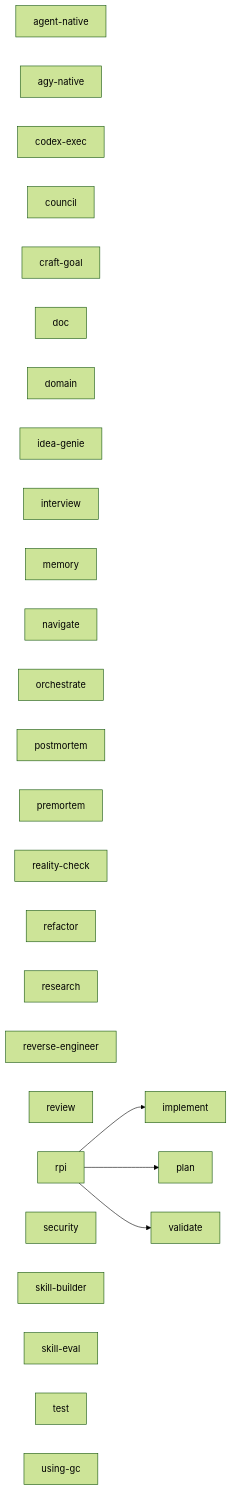
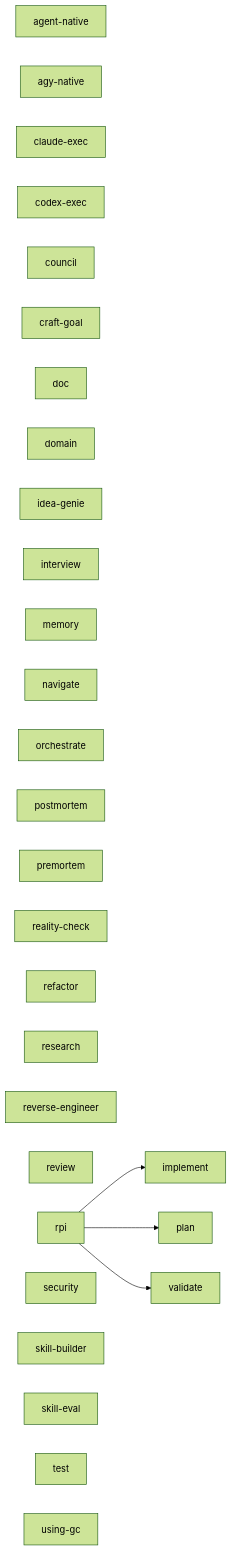
Before and after one commit to boshu2/agentops: the diagram in docs/reference/agentops-skill-graph.md, drawn with Mermaid (forest theme). The commit also changed 141 other files, not shown here.

````diff
--- a/docs/reference/agentops-skill-graph.md
+++ b/docs/reference/agentops-skill-graph.md
@@ -5,34 +5,35 @@
 ```mermaid
 graph LR
   agent_native["agent-native"]
   agy_native["agy-native"]
+  claude_exec["claude-exec"]
   codex_exec["codex-exec"]
   council["council"]
   craft_goal["craft-goal"]
   doc["doc"]
   domain["domain"]
   idea_genie["idea-genie"]
   implement["implement"]
   interview["interview"]
   memory["memory"]
   navigate["navigate"]
   orchestrate["orchestrate"]
   plan["plan"]
   postmortem["postmortem"]
   premortem["premortem"]
   reality_check["reality-check"]
   refactor["refactor"]
   research["research"]
   reverse_engineer["reverse-engineer"]
   review["review"]
   rpi["rpi"]
   security["security"]
   skill_builder["skill-builder"]
   skill_eval["skill-eval"]
   test["test"]
   using_gc["using-gc"]
   validate["validate"]
   rpi --> implement
   rpi --> plan
   rpi --> validate
 ```
````
